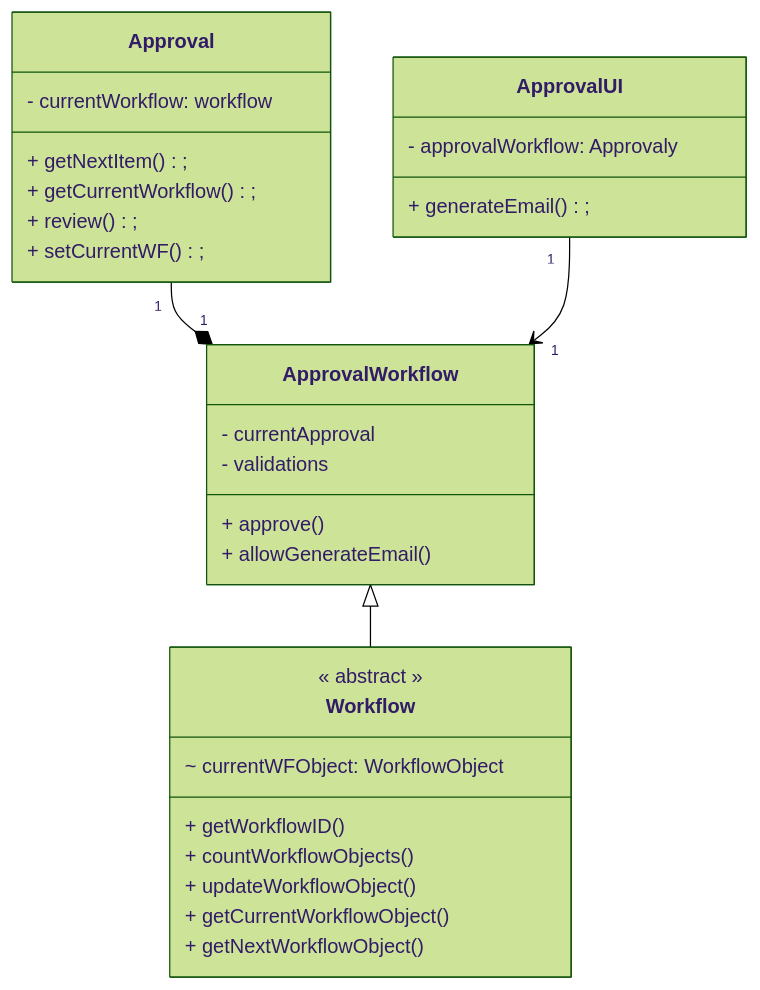
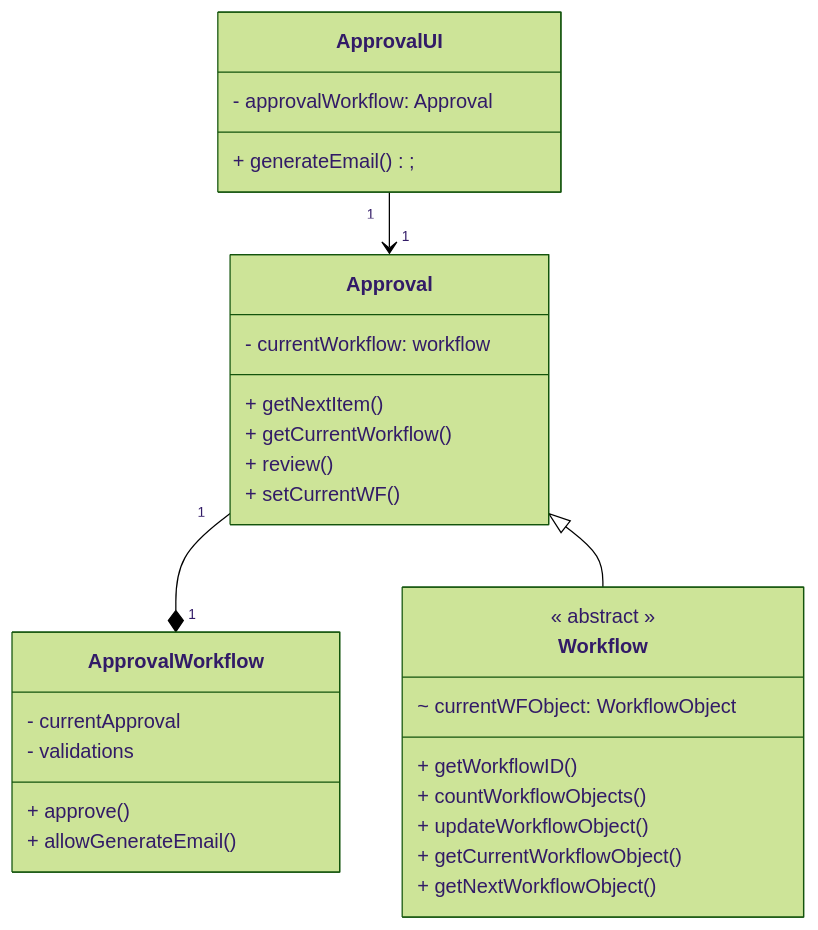
One commit to tpfahy/CS321 changed the diagram in docs/Approval.md. Above: the diagram before and after it, drawn with Mermaid (forest theme).

Commit message:
Fixed a small change, dont know how to use --amend yet, for the third time

````diff
--- a/docs/Approval.md
+++ b/docs/Approval.md
@@ -1,39 +1,39 @@
 ```mermaid
 classDiagram
 class Approval {
     - currentWorkflow: workflow
 
-    + getNextItem();
-    + getCurrentWorkflow();
-    + review();
-    + setCurrentWF();
+    + getNextItem()
+    + getCurrentWorkflow()
+    + review()
+    + setCurrentWF()
 }
 
 class ApprovalWorkflow {
     - currentApproval
     - validations
 
     + approve()
     + allowGenerateEmail()
 
 }
 
 class Workflow {
     << abstract >>
     ~ currentWFObject: WorkflowObject
     + getWorkflowID()
     + countWorkflowObjects()
     + updateWorkflowObject()
     + getCurrentWorkflowObject()
     + getNextWorkflowObject()
 }
 
 class ApprovalUI {
-    - approvalWorkflow: Approvaly
+    - approvalWorkflow: Approval
     + generateEmail();
 }
 
 Approval "1" --* "1" ApprovalWorkflow
-ApprovalWorkflow  <|-- Workflow
-ApprovalUI "1" --> "1" ApprovalWorkflow
+Approval  <|-- Workflow
+ApprovalUI "1" --> "1" Approval
 ```
````
